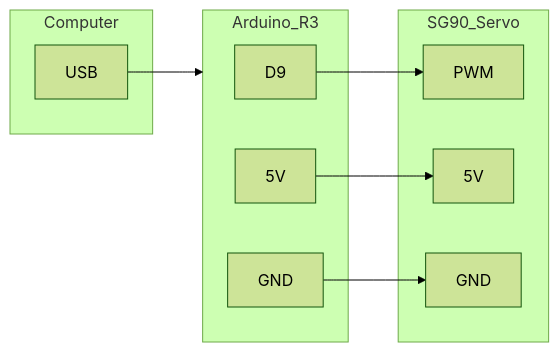
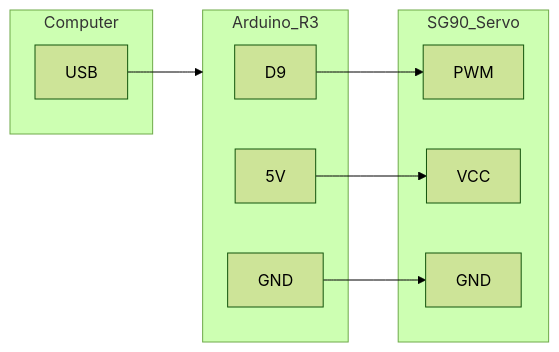
Before and after one commit to TjeerdvanDijk/ArduinoServoProtocol: the diagram in readme.md, drawn with Mermaid (forest theme).

Commit message:
5v moest VCC zijn bij servo

````diff
--- a/readme.md
+++ b/readme.md
@@ -19,43 +19,43 @@
 ```mermaid
 graph LR
 
 subgraph Arduino_R3
 
 A[D9]
 
 B[5V]
 
 C[GND]
 
 end
 
   
 
 subgraph SG90_Servo
 
 S[PWM]
 
-V[5V]
+V[VCC]
 
 G[GND]
 
 end
 
   
 
 subgraph Computer
 
 USB[USB]
 
 end
 
   
 
 USB --> Arduino_R3
 
 A --> S
 
 B --> V
 
 C --> G
 ```
````
